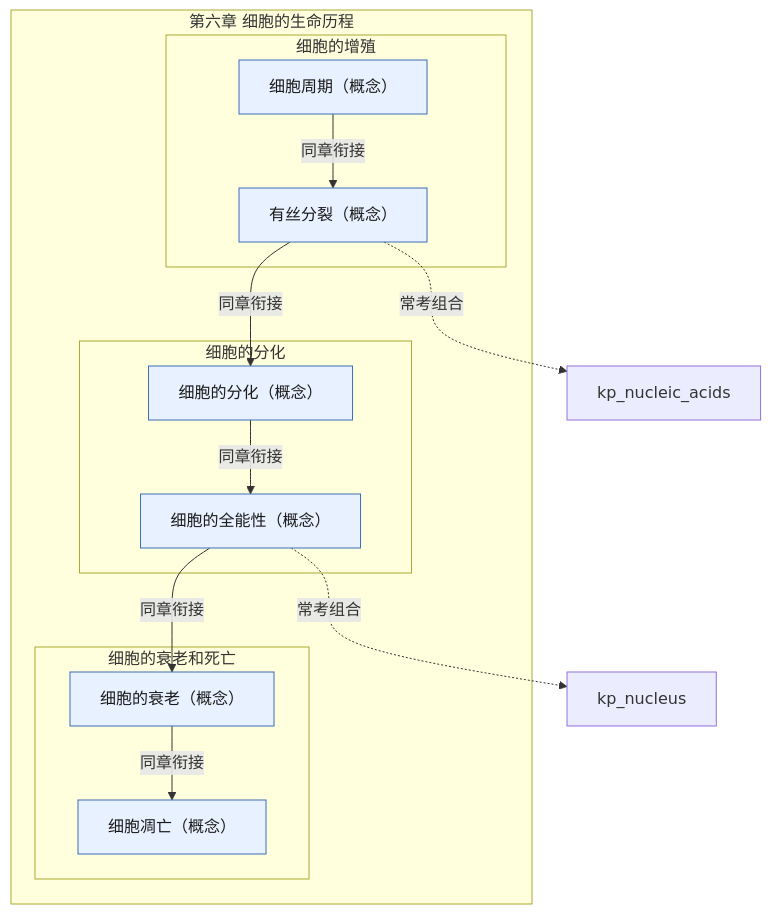
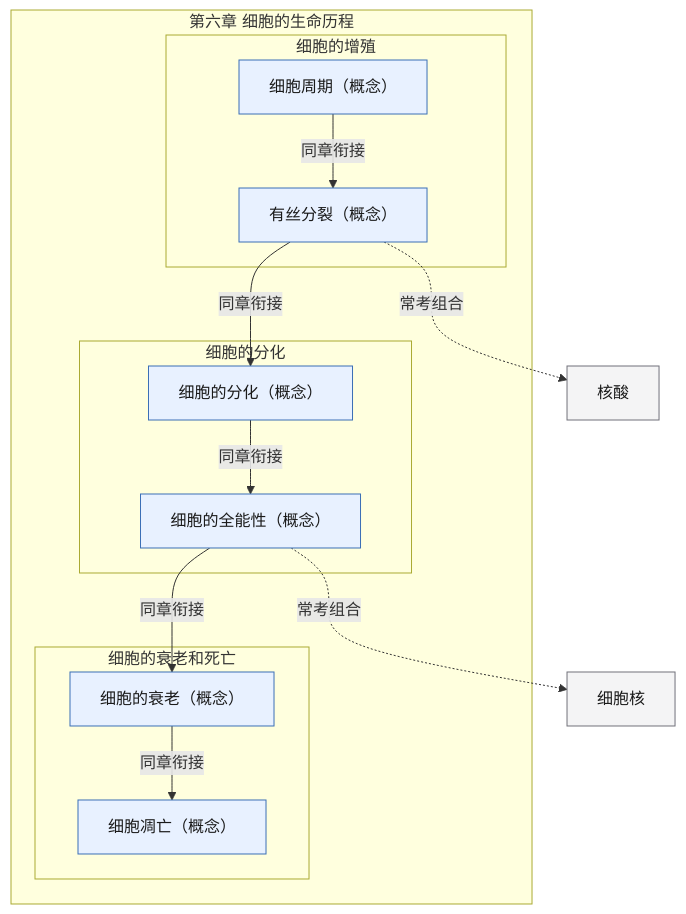
Before and after one commit to lihenair/high-school-ai-tutor-skill: the diagram in skills/high-school-ai-tutor/references/pep-bio-bx1-ch6.md, drawn with Mermaid. The commit also changed 20 other files, not shown here.

Commit message:
feat(graph): 跨章常考组合渲染为中文显示名（灰色外部节点），不再显示英文代号

````diff
--- a/skills/high-school-ai-tutor/references/pep-bio-bx1-ch6.md
+++ b/skills/high-school-ai-tutor/references/pep-bio-bx1-ch6.md
@@ -5,28 +5,28 @@
 ```mermaid
 flowchart TD
   classDef concept fill:#E8F1FF,stroke:#3B6FB6,color:#1A1A1A
   classDef skill fill:#E7F6EE,stroke:#2E7D4F,color:#1A1A1A
   classDef experiment fill:#FFF4E5,stroke:#C47B17,color:#1A1A1A
   classDef later fill:#F4F4F5,stroke:#71717A,color:#1A1A1A
   subgraph ch["第六章 细胞的生命历程"]
     subgraph s1["细胞的增殖"]
       kp_cell_cycle["细胞周期（概念）"]:::concept
       kp_mitosis["有丝分裂（概念）"]:::concept
     end
     subgraph s2["细胞的分化"]
       kp_cell_differentiation["细胞的分化（概念）"]:::concept
       kp_totipotency["细胞的全能性（概念）"]:::concept
     end
     subgraph s3["细胞的衰老和死亡"]
       kp_cell_aging["细胞的衰老（概念）"]:::concept
       kp_cell_death["细胞凋亡（概念）"]:::concept
     end
   end
   kp_cell_cycle -->|同章衔接| kp_mitosis
   kp_mitosis -->|同章衔接| kp_cell_differentiation
   kp_cell_differentiation -->|同章衔接| kp_totipotency
   kp_totipotency -->|同章衔接| kp_cell_aging
   kp_cell_aging -->|同章衔接| kp_cell_death
-  kp_mitosis -.->|常考组合| kp_nucleic_acids
-  kp_totipotency -.->|常考组合| kp_nucleus
+  kp_mitosis -.->|常考组合| kp_nucleic_acids["核酸"]:::later
+  kp_totipotency -.->|常考组合| kp_nucleus["细胞核"]:::later
 ```
````
